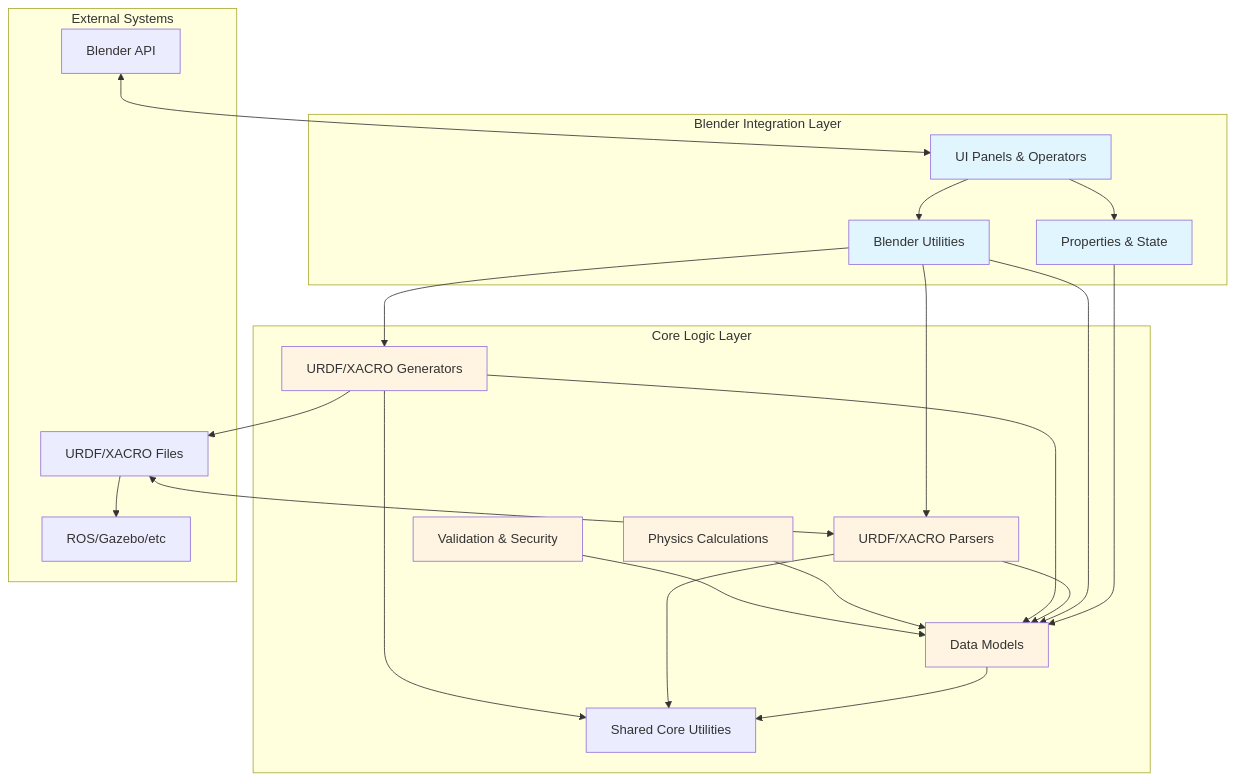
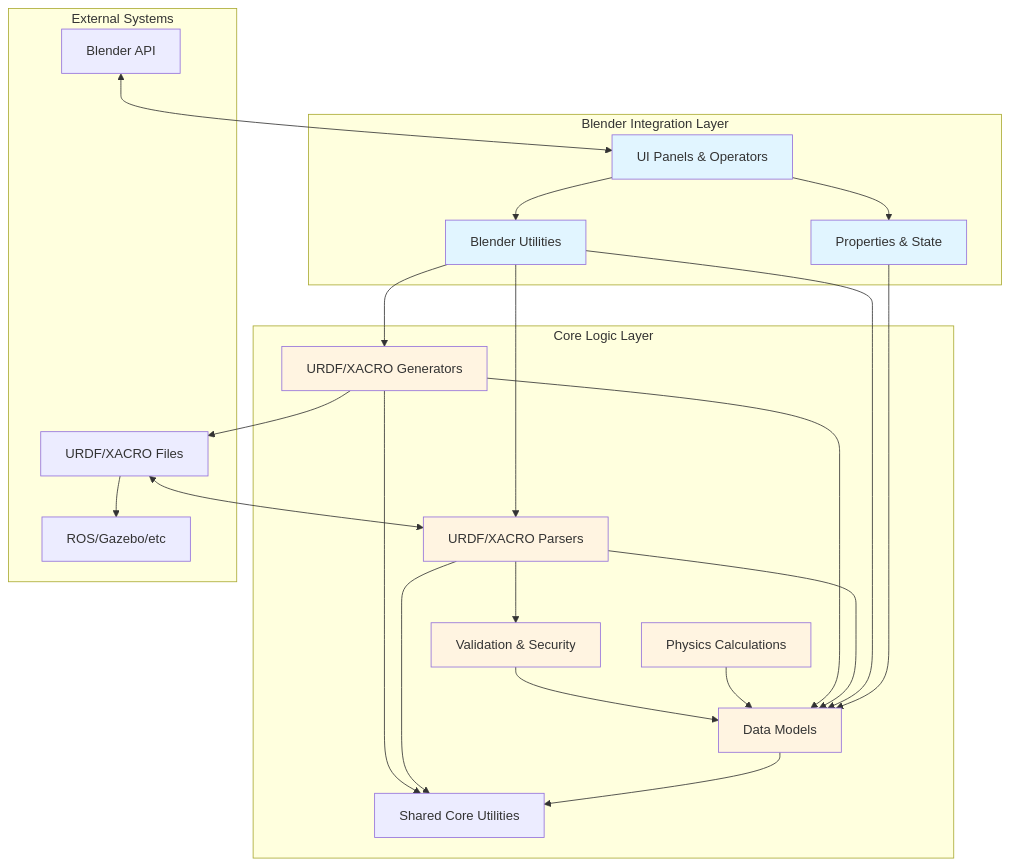
Before and after one commit to arounamounchili/linkforge: the first of 8 diagrams in ARCHITECTURE.md, drawn with Mermaid. The commit also changed other lines of this file and 11 other files, not shown here.

````diff
--- a/ARCHITECTURE.md
+++ b/ARCHITECTURE.md
@@ -9,52 +9,53 @@
 ```mermaid
 graph TB
     subgraph "Blender Integration Layer"
         UI[UI Panels & Operators]
         Props[Properties & State]
         Utils[Blender Utilities]
     end
 
     subgraph "Core Logic Layer"
         Models[Data Models]
         Parsers[URDF/XACRO Parsers]
         Generators[URDF/XACRO Generators]
         Physics[Physics Calculations]
         Validation[Validation & Security]
         CoreUtils[Shared Core Utilities]
     end
 
     subgraph "External Systems"
         Blender[Blender API]
         Files[URDF/XACRO Files]
         Simulators[ROS/Gazebo/etc]
     end
 
     UI --> Props
     UI --> Utils
     Props --> Models
     Utils --> Models
     Utils --> Parsers
     Utils --> Generators
 
     Parsers --> Models
     Generators --> Models
     Models --> CoreUtils
     Parsers --> CoreUtils
     Generators --> CoreUtils
+    Parsers --> Validation
     Physics --> Models
     Validation --> Models
 
     Blender <--> UI
     Files <--> Parsers
     Generators --> Files
     Files --> Simulators
 
     style UI fill:#e1f5ff
     style Props fill:#e1f5ff
     style Utils fill:#e1f5ff
     style Models fill:#fff4e1
     style Parsers fill:#fff4e1
     style Generators fill:#fff4e1
     style Physics fill:#fff4e1
     style Validation fill:#fff4e1
 ```
````
